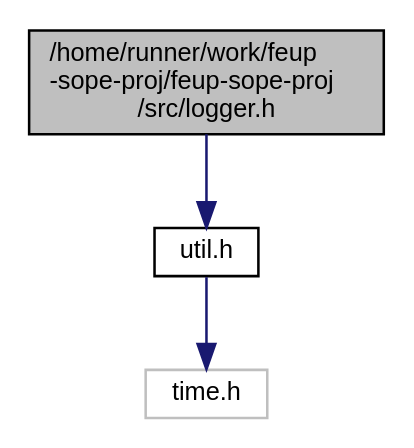
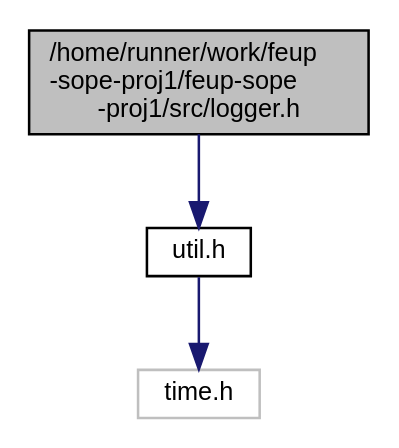
The diagram in logger_8h__incl.dot (ctrlMarcio/feup-sope-proj), drawn with Graphviz before and after one commit. The commit also changed 25 other files, not shown here.

```diff
--- a/logger_8h__incl.dot
+++ b/logger_8h__incl.dot
@@ -1,10 +1,10 @@
-digraph "/home/runner/work/feup-sope-proj/feup-sope-proj/src/logger.h"
+digraph "/home/runner/work/feup-sope-proj1/feup-sope-proj1/src/logger.h"
 {
   edge [fontname="Helvetica",fontsize="10",labelfontname="Helvetica",labelfontsize="10"];
   node [fontname="Helvetica",fontsize="10",shape=record];
-  Node0 [label="/home/runner/work/feup\l-sope-proj/feup-sope-proj\l/src/logger.h",height=0.2,width=0.4,color="black", fillcolor="grey75", style="filled", fontcolor="black"];
+  Node0 [label="/home/runner/work/feup\l-sope-proj1/feup-sope\l-proj1/src/logger.h",height=0.2,width=0.4,color="black", fillcolor="grey75", style="filled", fontcolor="black"];
   Node0 -> Node1 [color="midnightblue",fontsize="10",style="solid",fontname="Helvetica"];
   Node1 [label="util.h",height=0.2,width=0.4,color="black", fillcolor="white", style="filled",URL="$util_8h.html",tooltip="Holds important extra structs and functions. "];
   Node1 -> Node2 [color="midnightblue",fontsize="10",style="solid",fontname="Helvetica"];
   Node2 [label="time.h",height=0.2,width=0.4,color="grey75", fillcolor="white", style="filled"];
 }
```
